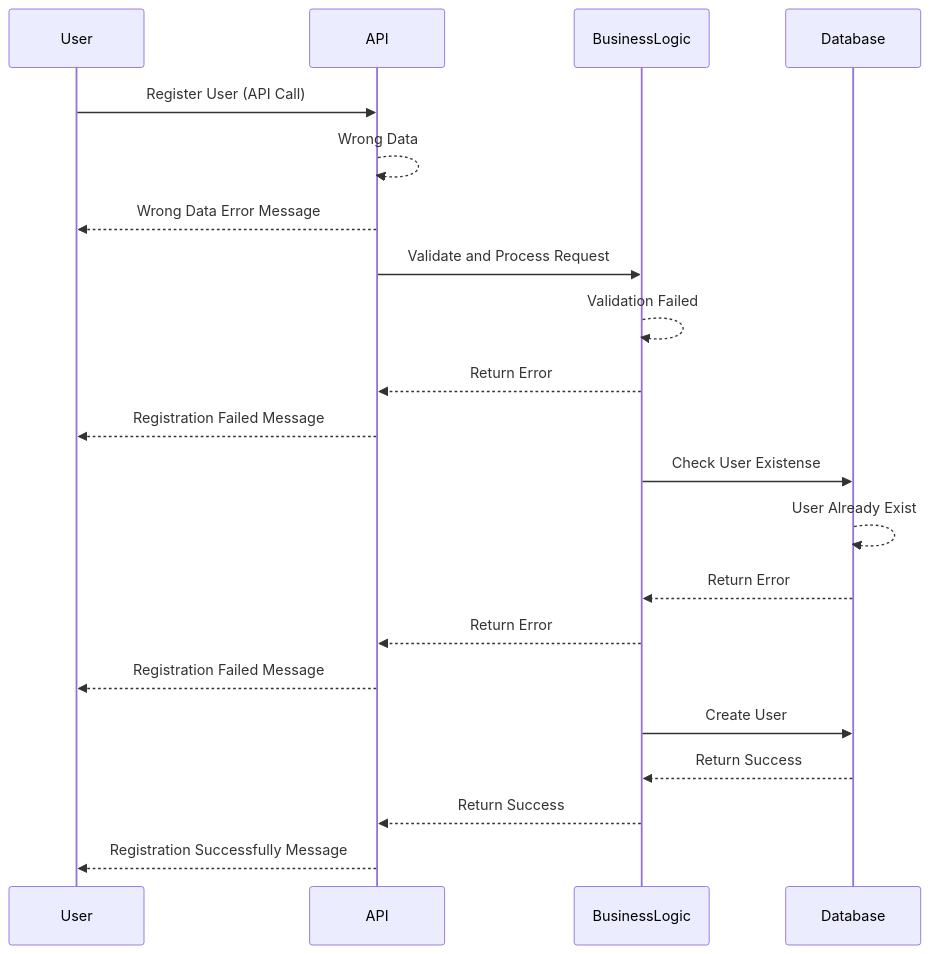
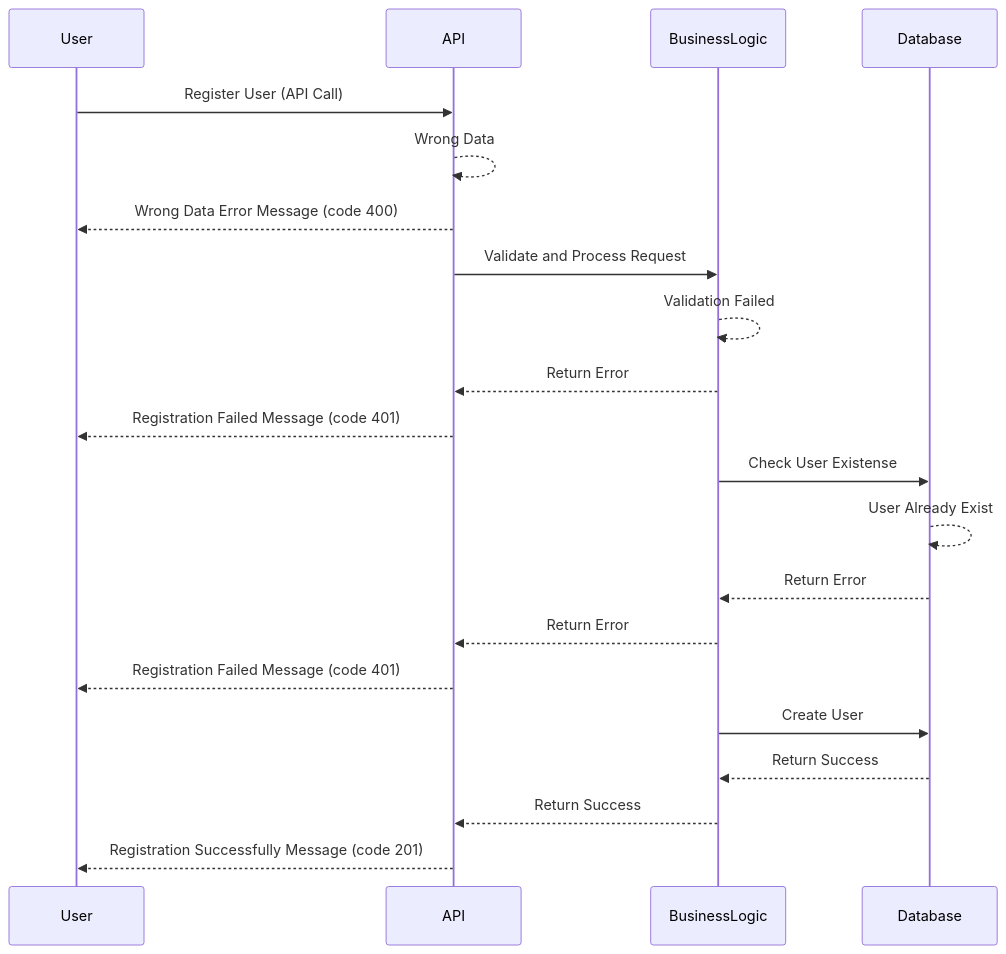
One commit to gastii11/holbertonschool-hbnb changed the second of 2 diagrams in README.md. Above: the diagram before and after it, drawn with Mermaid.

````diff
--- a/README.md
+++ b/README.md
@@ -84,27 +84,27 @@
 ```mermaid
 sequenceDiagram
     participant User
     participant API
     participant BusinessLogic
     participant Database
 
     User ->> API : Register User (API Call)
     API -->> API : Wrong Data
-    API -->> User : Wrong Data Error Message
+    API -->> User : Wrong Data Error Message (code 400)
 
     API ->> BusinessLogic : Validate and Process Request
     BusinessLogic -->> BusinessLogic : Validation Failed
     BusinessLogic -->> API : Return Error
-    API -->> User : Registration Failed Message
+    API -->> User : Registration Failed Message (code 401)
 
     BusinessLogic ->> Database : Check User Existense
     Database -->> Database : User Already Exist
     Database -->> BusinessLogic : Return Error
     BusinessLogic -->> API : Return Error
-    API -->> User : Registration Failed Message
+    API -->> User : Registration Failed Message (code 401)
 
     BusinessLogic ->> Database : Create User
     Database -->> BusinessLogic : Return Success
     BusinessLogic -->> API : Return Success
-    API -->> User : Registration Successfully Message
+    API -->> User : Registration Successfully Message (code 201)
 ```
````
